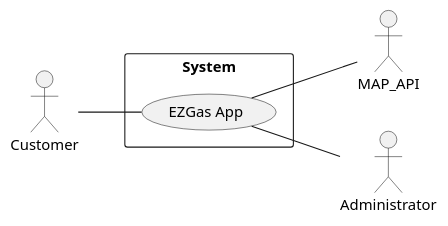
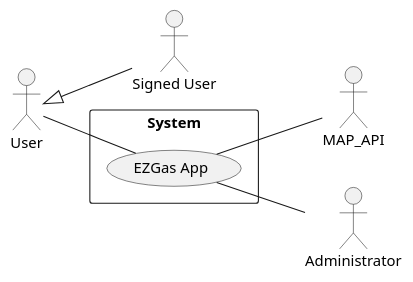
One commit to SoftengPoliTo/Lab2 changed the first of 2 diagrams in REQ_s269966.md. Above: the diagram before and after it, drawn with PlantUML. The commit also changed other lines of this file, not shown here.

Commit message:
Add plantUML, Scenarios, UC

````diff
--- a/REQ_s269966.md
+++ b/REQ_s269966.md
@@ -88,12 +40,14 @@
 ```plantuml
-left to right direction
+Left to Right direction
 skinparam packageStyle rectangle
-actor Customer
+actor User
 actor MAP_API
 actor Administrator
+actor "Signed User"
 rectangle System {
   (EZGas App)-- Administrator
-  Customer -- (EZGas App)
+  User -- (EZGas App)
+  User <|-- (Signed User)
   (EZGas App) -- MAP_API
 }
 ```
````
